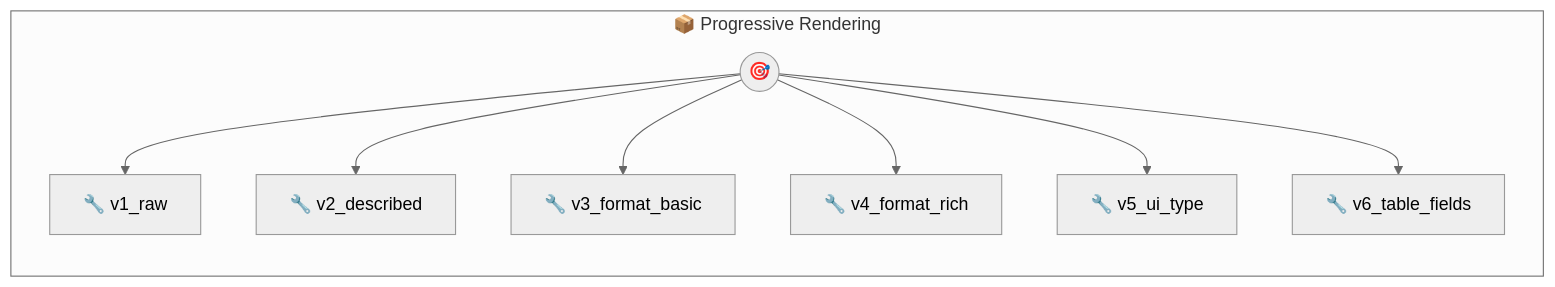
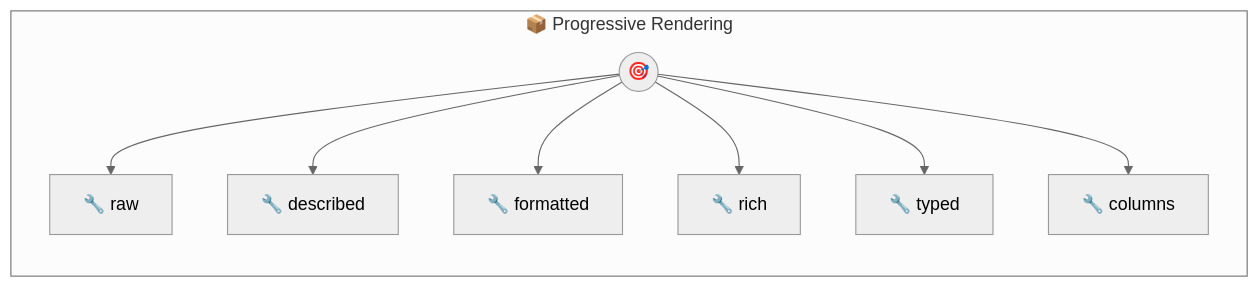
The diagram in progressive-rendering.md (portel-dev/photons), drawn with Mermaid (neutral theme) before and after one commit. The commit also changed other lines of this file and 2 other files, not shown here.

````diff
--- a/progressive-rendering.md
+++ b/progressive-rendering.md
@@ -100,19 +100,19 @@
 ```mermaid
 flowchart LR
     subgraph progressive_rendering["📦 Progressive Rendering"]
         direction TB
         PHOTON((🎯))
-        T0[🔧 v1_raw]
+        T0[🔧 raw]
         PHOTON --> T0
-        T1[🔧 v2_described]
+        T1[🔧 described]
         PHOTON --> T1
-        T2[🔧 v3_format_basic]
+        T2[🔧 formatted]
         PHOTON --> T2
-        T3[🔧 v4_format_rich]
+        T3[🔧 rich]
         PHOTON --> T3
-        T4[🔧 v5_ui_type]
+        T4[🔧 typed]
         PHOTON --> T4
-        T5[🔧 v6_table_fields]
+        T5[🔧 columns]
         PHOTON --> T5
     end
 ```
````
